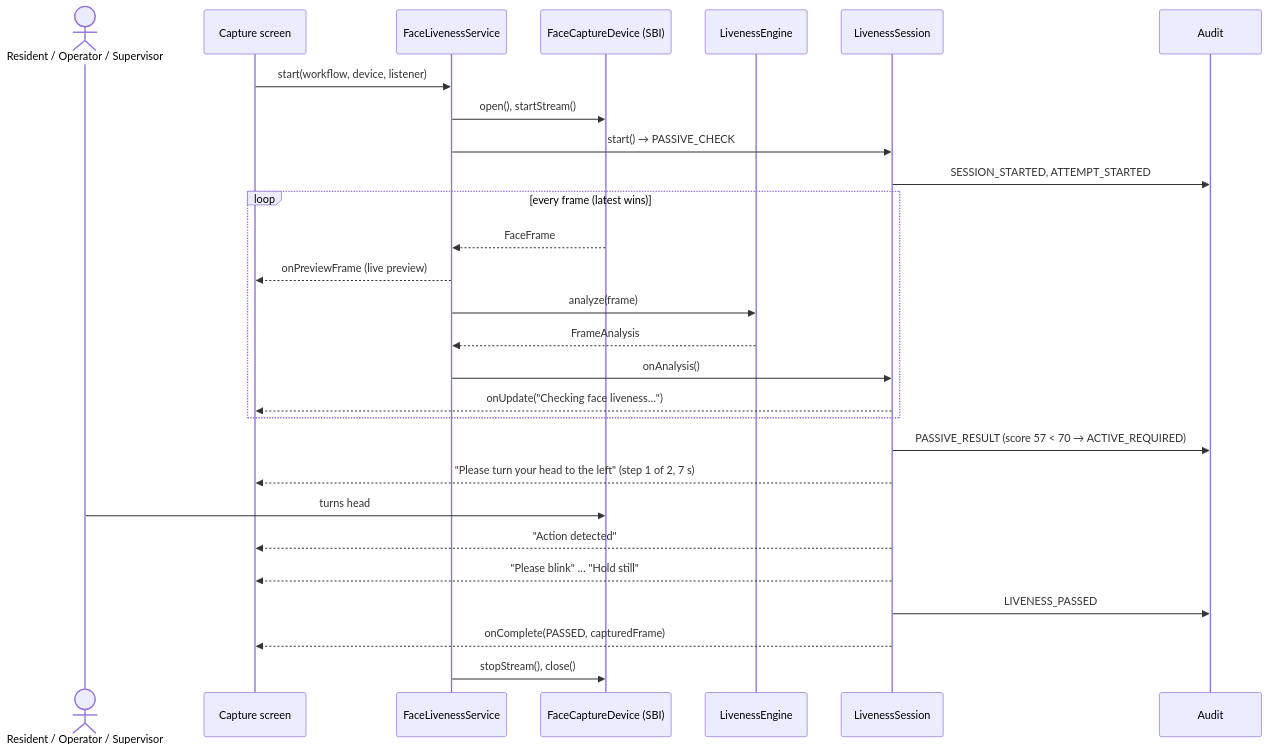
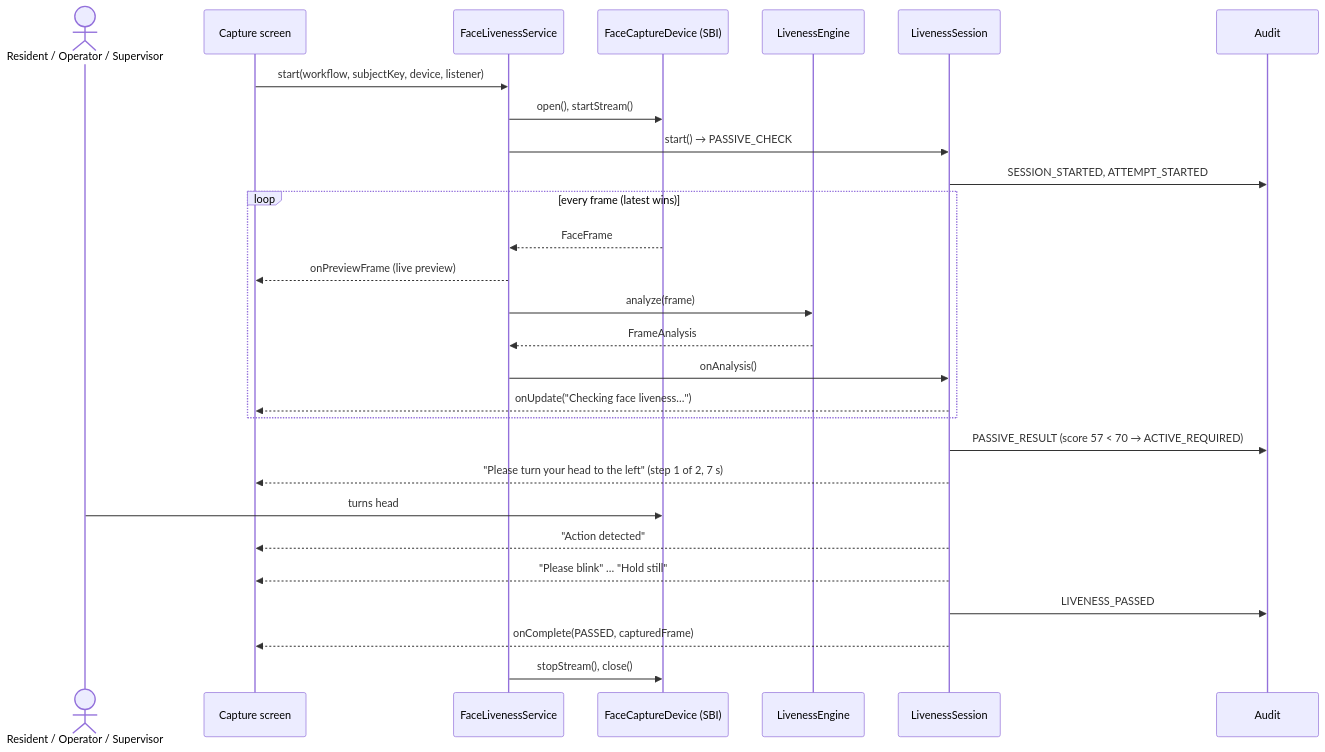
One commit to krishnatoshniwwal/mosip changed the fourth of 4 diagrams in docs/DESIGN.md. Above: the diagram before and after it, drawn with Mermaid. The commit also changed other lines of this file and 46 other files, not shown here.

````diff
--- a/docs/DESIGN.md
+++ b/docs/DESIGN.md
@@ -134,31 +200,31 @@
 ```mermaid
 sequenceDiagram
     actor R as Resident / Operator / Supervisor
     participant UI as Capture screen
     participant SVC as FaceLivenessService
     participant DEV as FaceCaptureDevice (SBI)
     participant ENG as LivenessEngine
     participant SES as LivenessSession
     participant AUD as Audit
 
-    UI->>SVC: start(workflow, device, listener)
+    UI->>SVC: start(workflow, subjectKey, device, listener)
     SVC->>DEV: open(), startStream()
     SVC->>SES: start() → PASSIVE_CHECK
     SES->>AUD: SESSION_STARTED, ATTEMPT_STARTED
     loop every frame (latest wins)
         DEV-->>SVC: FaceFrame
         SVC-->>UI: onPreviewFrame (live preview)
         SVC->>ENG: analyze(frame)
         ENG-->>SVC: FrameAnalysis
         SVC->>SES: onAnalysis()
         SES-->>UI: onUpdate("Checking face liveness…")
     end
     SES->>AUD: PASSIVE_RESULT (score 57 < 70 → ACTIVE_REQUIRED)
     SES-->>UI: "Please turn your head to the left" (step 1 of 2, 7 s)
     R->>DEV: turns head
     SES-->>UI: "Action detected"
     SES-->>UI: "Please blink" … "Hold still"
     SES->>AUD: LIVENESS_PASSED
     SES-->>UI: onComplete(PASSED, capturedFrame)
     SVC->>DEV: stopStream(), close()
 ```
````
